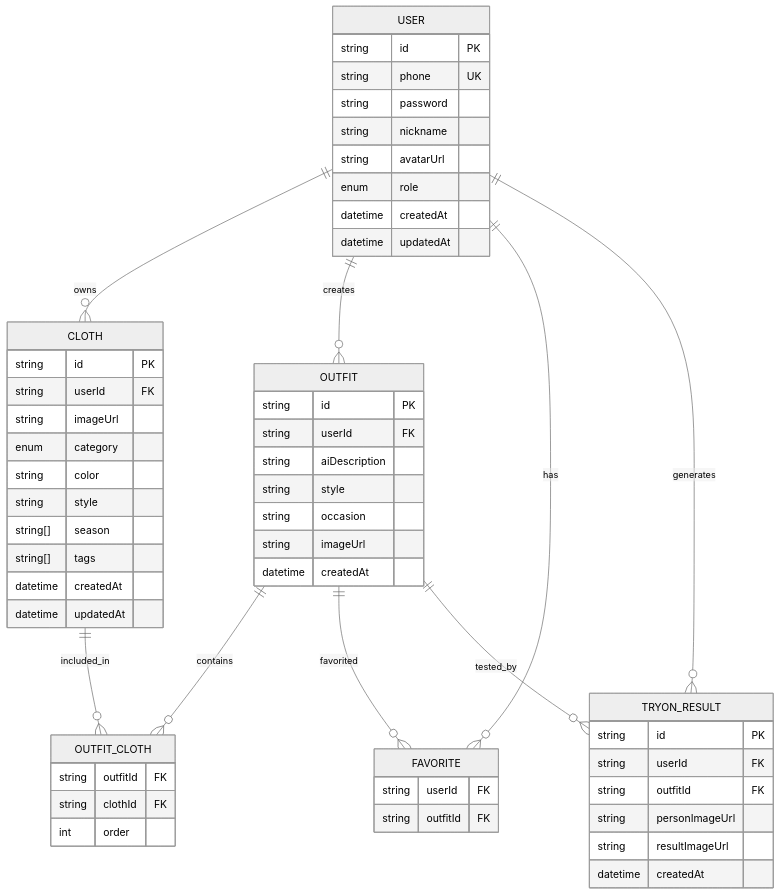
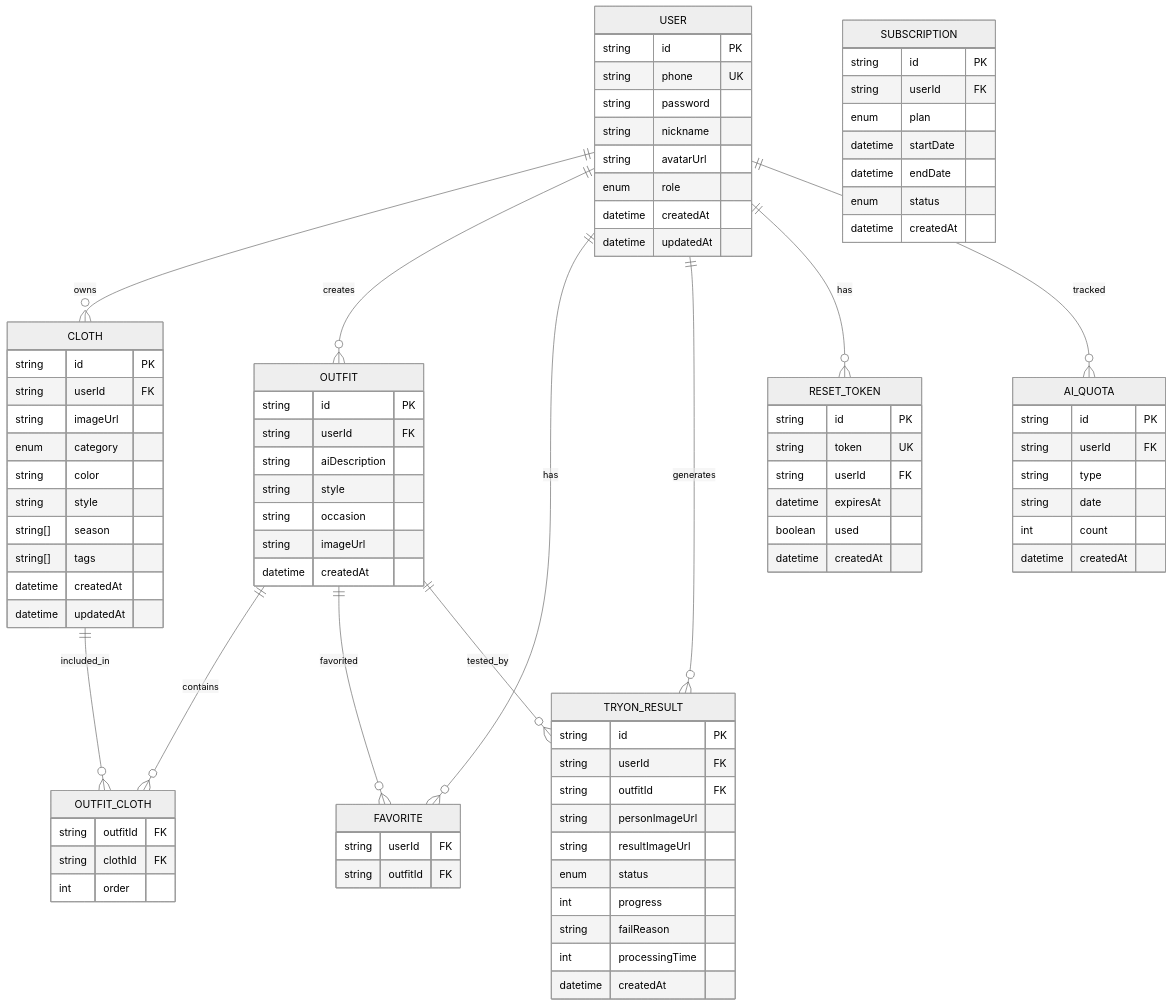
One commit to lsqwawa/free-dress changed the third of 4 diagrams in .qoder/repowiki/zh/content/项目概述/项目状态文档.md. Above: the diagram before and after it, drawn with Mermaid (neutral theme). The commit also changed other lines of this file and 62 other files, not shown here.

```diff
--- a/.qoder/repowiki/zh/content/项目概述/项目状态文档.md
+++ b/.qoder/repowiki/zh/content/项目概述/项目状态文档.md
@@ -271,12 +291,43 @@
 string outfitId FK
 string personImageUrl
 string resultImageUrl
+enum status
+int progress
+string failReason
+int processingTime
+datetime createdAt
+}
+RESET_TOKEN {
+string id PK
+string token UK
+string userId FK
+datetime expiresAt
+boolean used
+datetime createdAt
+}
+AI_QUOTA {
+string id PK
+string userId FK
+string type
+string date
+int count
+datetime createdAt
+}
+SUBSCRIPTION {
+string id PK
+string userId FK
+enum plan
+datetime startDate
+datetime endDate
+enum status
 datetime createdAt
 }
 USER ||--o{ CLOTH : owns
 USER ||--o{ OUTFIT : creates
 USER ||--o{ FAVORITE : has
 USER ||--o{ TRYON_RESULT : generates
+USER ||--o{ RESET_TOKEN : has
+USER ||--o{ AI_QUOTA : tracked
 CLOTH ||--o{ OUTFIT_CLOTH : included_in
 OUTFIT ||--o{ OUTFIT_CLOTH : contains
 OUTFIT ||--o{ FAVORITE : favorited
```
